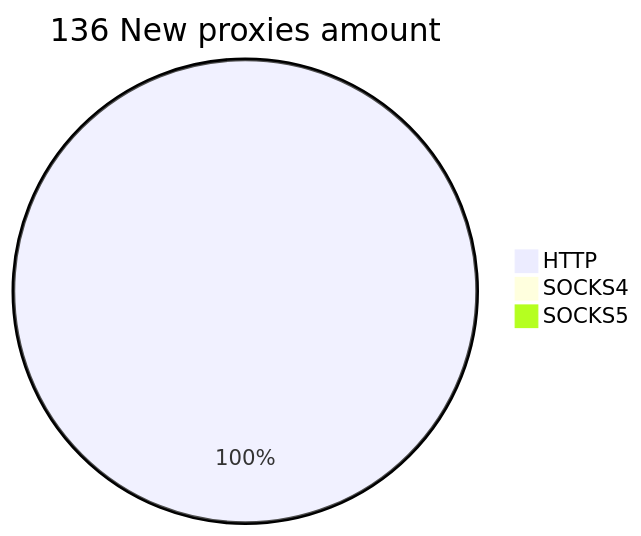
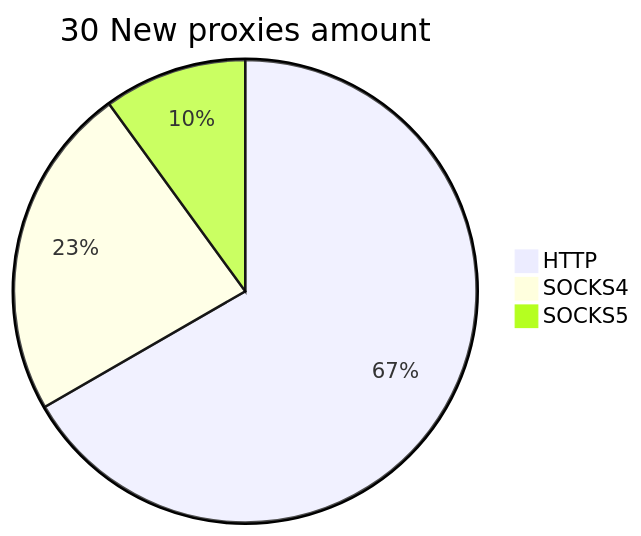
Before and after one commit to cutipu/proxylist: the second of 2 diagrams in README.md, drawn with Mermaid. The commit also changed other lines of this file, not shown here.

````diff
--- a/README.md
+++ b/README.md
@@ -10,6 +10,6 @@
 ```mermaid
-pie title 136 New proxies amount
-    "HTTP" : 181
-    "SOCKS4" : 0
-    "SOCKS5" : 0
+pie title 30 New proxies amount
+    "HTTP" : 20
+    "SOCKS4" : 7
+    "SOCKS5" : 3
 ```
````
